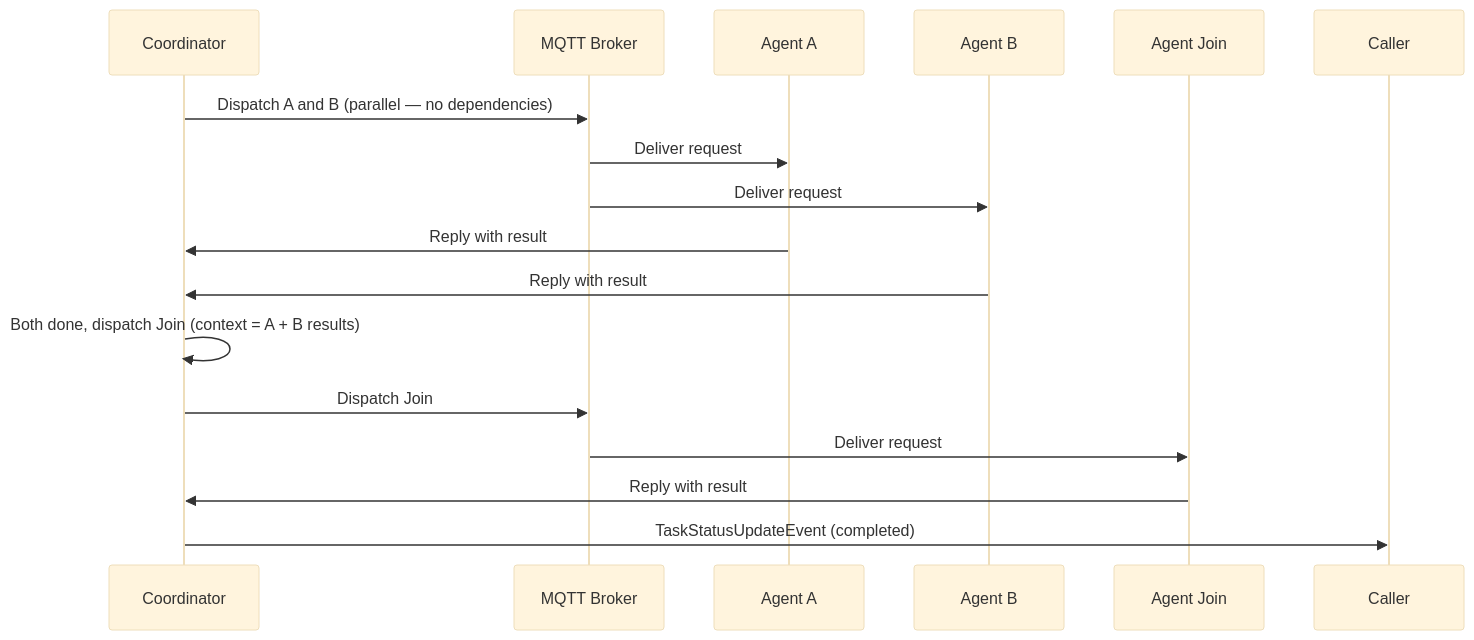
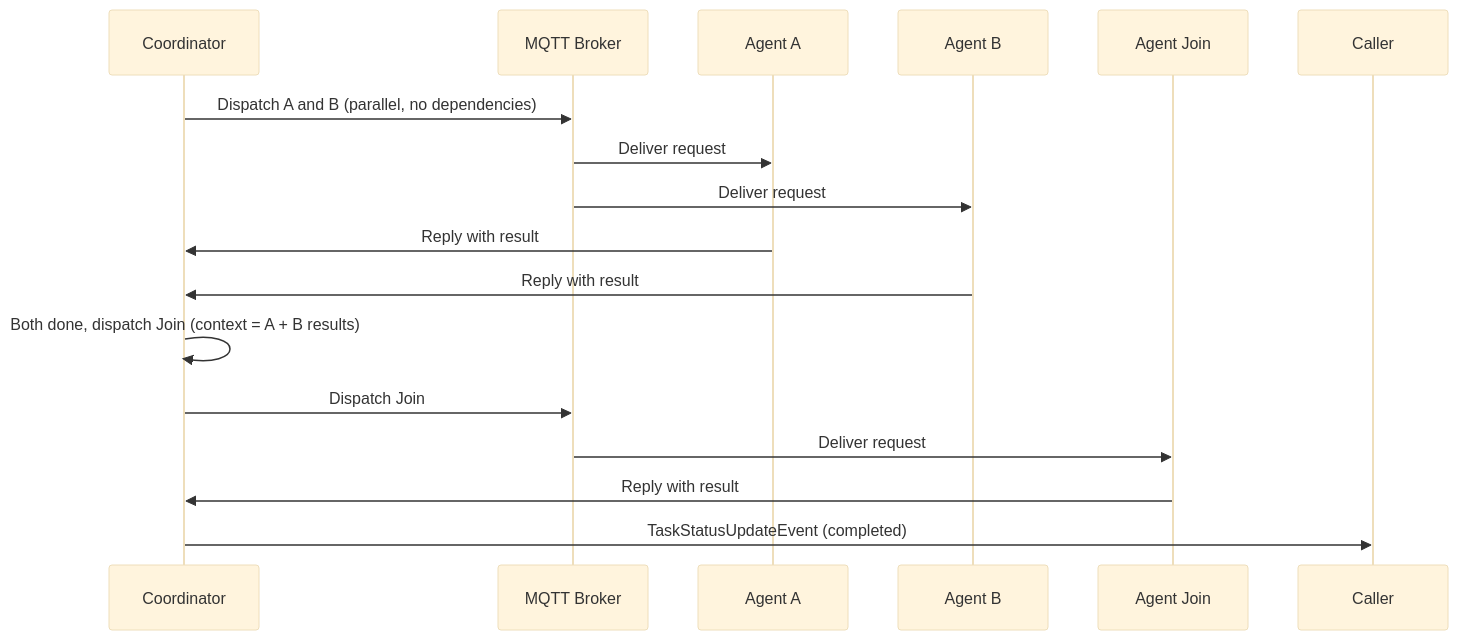
The third of 4 diagrams in docs/architecture.md (id/skitter), drawn with Mermaid (base theme) before and after one commit. The commit also changed other lines of this file and 5 other files, not shown here.

````diff
--- a/docs/architecture.md
+++ b/docs/architecture.md
@@ -96,19 +96,19 @@
 ```mermaid
 sequenceDiagram
     participant Co as Coordinator
     participant B as MQTT Broker
     participant A1 as Agent A
     participant A2 as Agent B
     participant AJ as Agent Join
 
-    Co->>B: Dispatch A and B (parallel — no dependencies)
+    Co->>B: Dispatch A and B (parallel, no dependencies)
     B->>A1: Deliver request
     B->>A2: Deliver request
     A1->>Co: Reply with result
     A2->>Co: Reply with result
     Co->>Co: Both done, dispatch Join (context = A + B results)
     Co->>B: Dispatch Join
     B->>AJ: Deliver request
     AJ->>Co: Reply with result
     Co->>Caller: TaskStatusUpdateEvent (completed)
 ```
````
